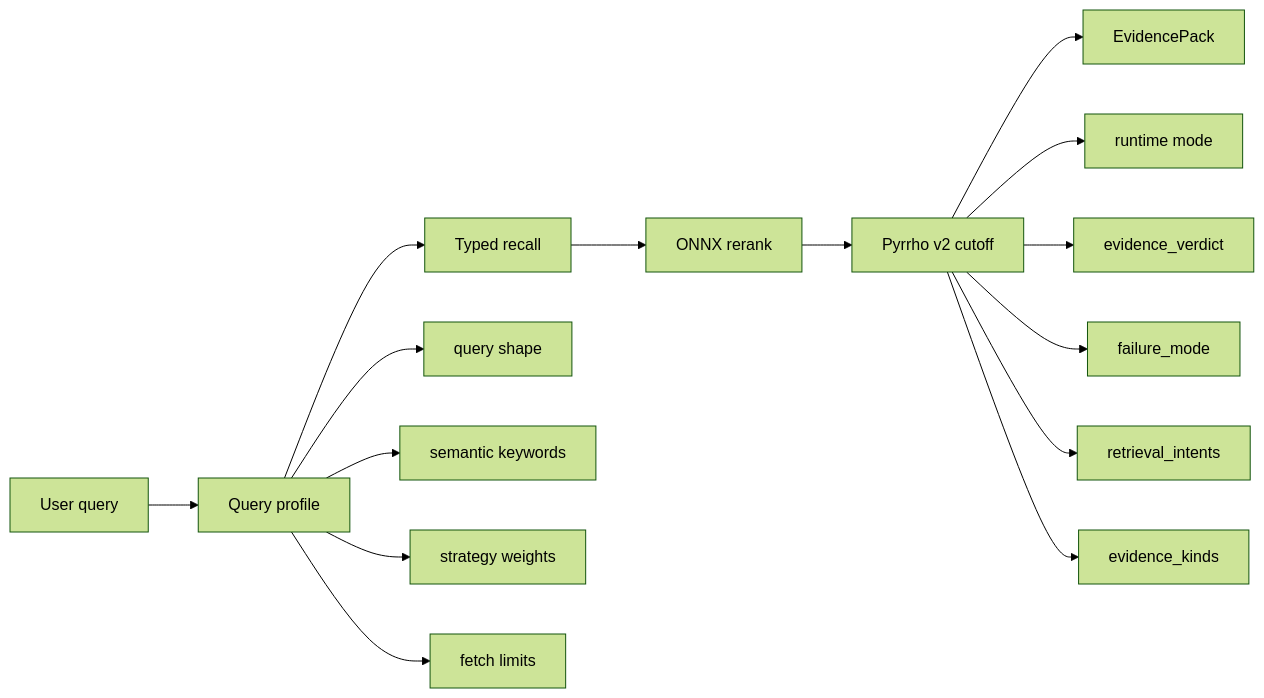
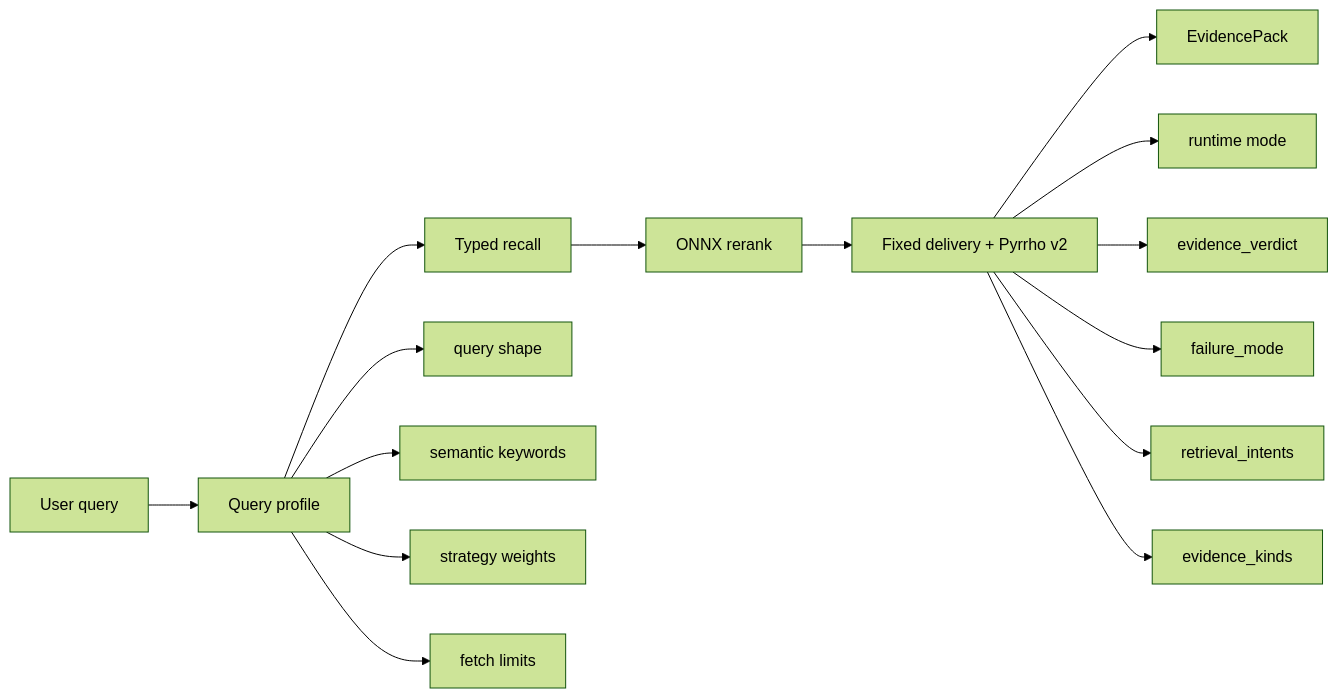
Before and after one commit to yafitzdev/fitz: the diagram in docs/features/retrieval/evidence-signals.md, drawn with Mermaid (forest theme). The commit also changed other lines of this file and 96 other files, not shown here.

````diff
--- a/docs/features/retrieval/evidence-signals.md
+++ b/docs/features/retrieval/evidence-signals.md
@@ -19,19 +19,19 @@
 ```mermaid
 flowchart LR
     Q["User query"] --> P["Query profile"]
     P --> R["Typed recall"]
     R --> K["ONNX rerank"]
-    K --> C["Pyrrho v2 cutoff"]
+    K --> C["Fixed delivery + Pyrrho v2"]
     C --> E["EvidencePack"]
 
     P --> P1["query shape"]
     P --> P2["semantic keywords"]
     P --> P3["strategy weights"]
     P --> P4["fetch limits"]
 
     C --> C1["runtime mode"]
     C --> C2["evidence_verdict"]
     C --> C3["failure_mode"]
     C --> C4["retrieval_intents"]
     C --> C5["evidence_kinds"]
 ```
````
